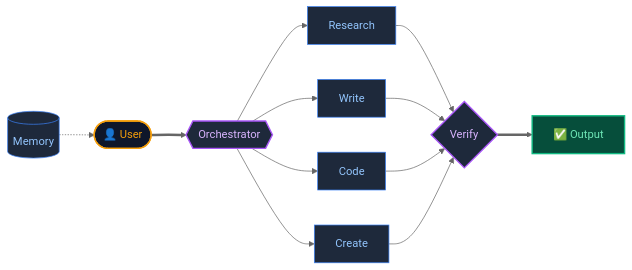
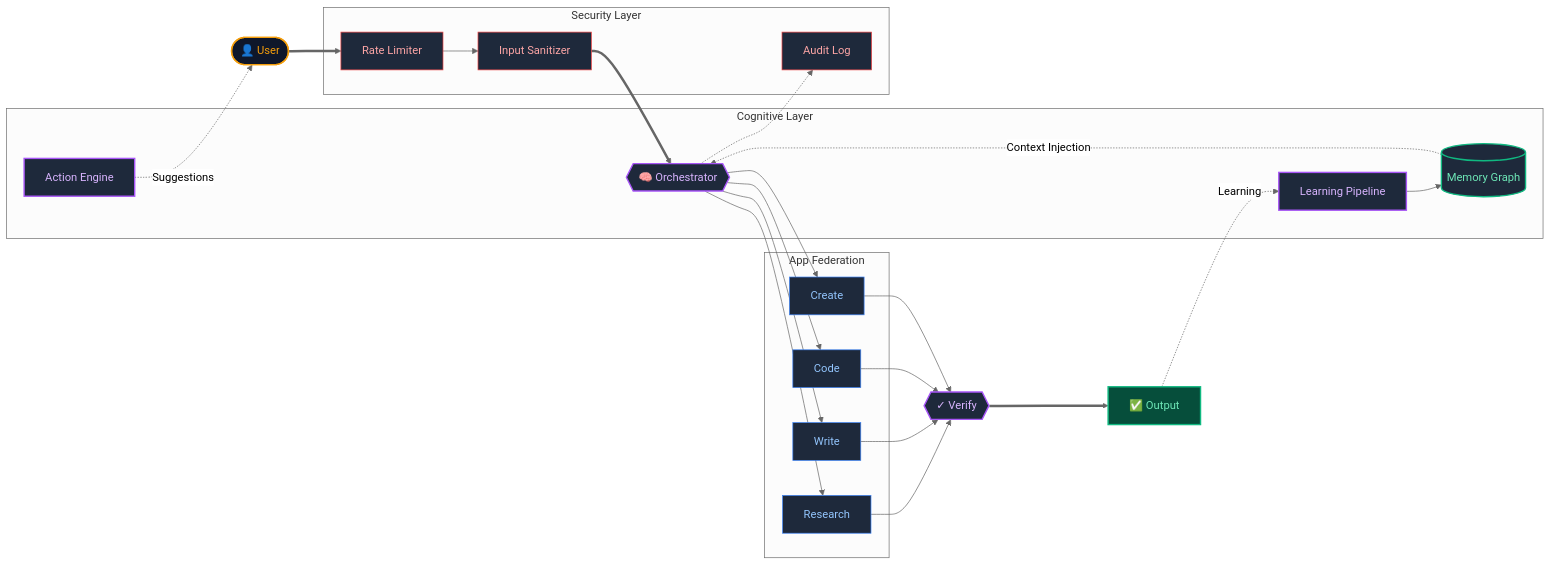
Before and after one commit to shifujosh/JACQ-Architecture: the diagram in assets/architecture.mmd, drawn with Mermaid (neutral theme). The commit also changed 27 other files, not shown here.

First line of the commit message:
chore: Migrate to TypeScript with enhanced architecture documentation

```diff
--- a/assets/architecture.mmd
+++ b/assets/architecture.mmd
@@ -1,18 +1,49 @@
 graph LR
     classDef human fill:#0f172a,stroke:#f59e0b,stroke-width:2px,color:#f59e0b;
     classDef core fill:#1e293b,stroke:#a855f7,stroke-width:2px,color:#d8b4fe;
+    classDef memory fill:#1e293b,stroke:#10b981,stroke-width:2px,color:#6ee7b7;
     classDef work fill:#1e293b,stroke:#3b82f6,stroke-width:1px,color:#93c5fd;
     classDef output fill:#064e3b,stroke:#10b981,stroke-width:2px,color:#6ee7b7;
+    classDef security fill:#1e293b,stroke:#ef4444,stroke-width:1px,color:#fca5a5;
 
     User(["👤 User"]):::human
-    Memory[(Memory)]:::work -.-> User
     
-    User ==> Orchestrator{{"Orchestrator"}}:::core
+    subgraph Cognitive["Cognitive Layer"]
+        Orchestrator{{"🧠 Orchestrator"}}:::core
+        Memory[("Memory Graph")]:::memory
+        Action["Action Engine"]:::core
+        Learning["Learning Pipeline"]:::core
+    end
     
-    Orchestrator --> Research["Research"]:::work
-    Orchestrator --> Write["Write"]:::work
-    Orchestrator --> Code["Code"]:::work
-    Orchestrator --> Create["Create"]:::work
+    subgraph Apps["App Federation"]
+        Research["Research"]:::work
+        Write["Write"]:::work
+        Code["Code"]:::work
+        Create["Create"]:::work
+    end
+
+    subgraph Security["Security Layer"]
+        RateLimit["Rate Limiter"]:::security
+        Sanitize["Input Sanitizer"]:::security
+        Audit["Audit Log"]:::security
+    end
+
+    User ==> RateLimit
+    RateLimit --> Sanitize
+    Sanitize ==> Orchestrator
     
-    Research & Write & Code & Create --> Verify{"Verify"}:::core
+    Memory -.->|"Context Injection"| Orchestrator
+    Action -.->|"Suggestions"| User
+    
+    Orchestrator --> Research
+    Orchestrator --> Write
+    Orchestrator --> Code
+    Orchestrator --> Create
+    
+    Research & Write & Code & Create --> Verify{{"✓ Verify"}}:::core
     Verify ==> Output["✅ Output"]:::output
+    
+    Output -.->|"Learning"| Learning
+    Learning --> Memory
+    
+    Orchestrator -.-> Audit
```
